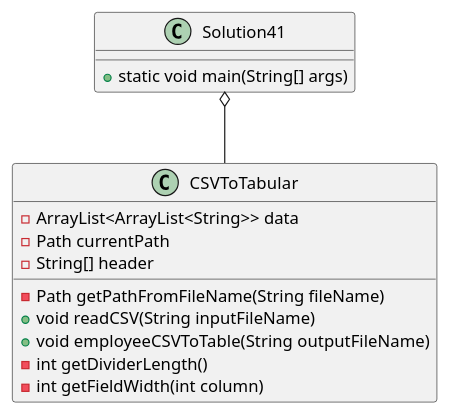
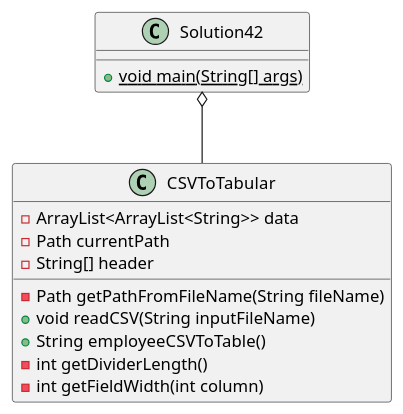
One commit to ethandrzb/thomas-a04 changed the diagram in exercise42/docs/class_diagram.puml. Above: the diagram before and after it, drawn with PlantUML.

Commit message:
Updated class diagram

```diff
--- a/exercise42/docs/class_diagram.puml
+++ b/exercise42/docs/class_diagram.puml
@@ -1,24 +1,24 @@
 @startuml
 'https://plantuml.com/class-diagram
 
-class Solution41
+class Solution42
 {
-    +static void main(String[] args)
+    +{static} void main(String[] args)
 }
 
 class CSVToTabular
 {
     -ArrayList<ArrayList<String>> data
     -Path currentPath
     -String[] header
 
     -Path getPathFromFileName(String fileName)
     +void readCSV(String inputFileName)
-    +void employeeCSVToTable(String outputFileName)
+    +String employeeCSVToTable()
     -int getDividerLength()
     -int getFieldWidth(int column)
 }
 
-Solution41 o-- CSVToTabular
+Solution42 o-- CSVToTabular
 
 @enduml
```
